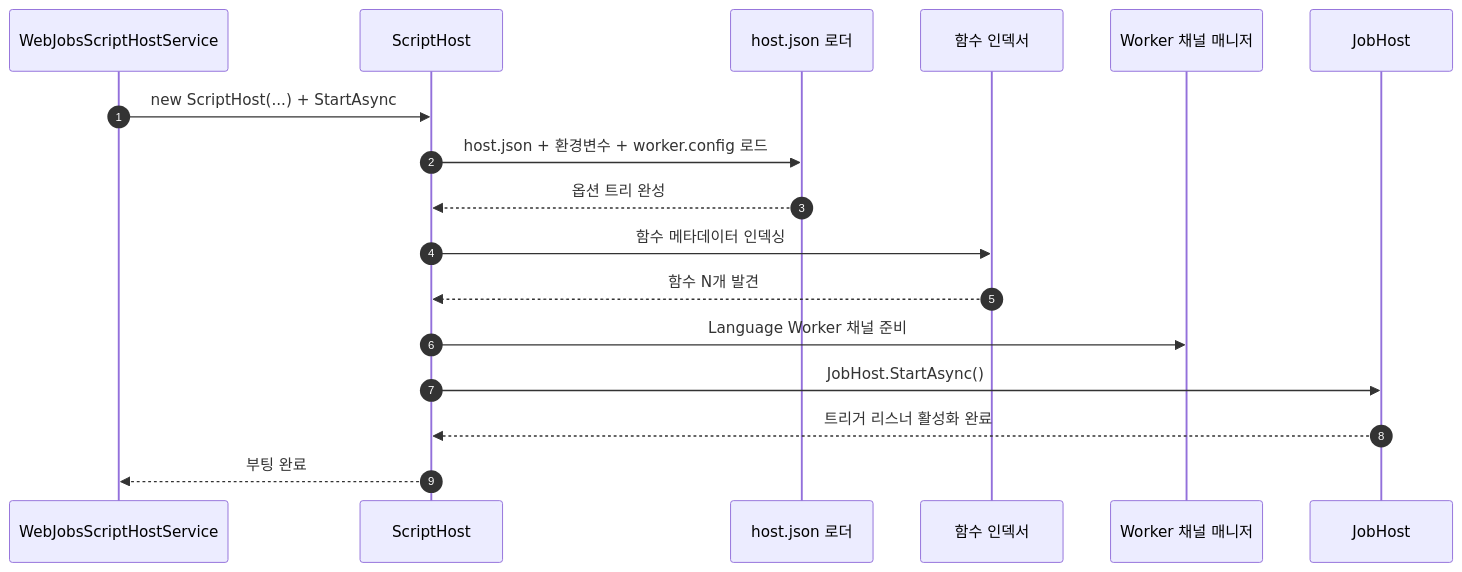
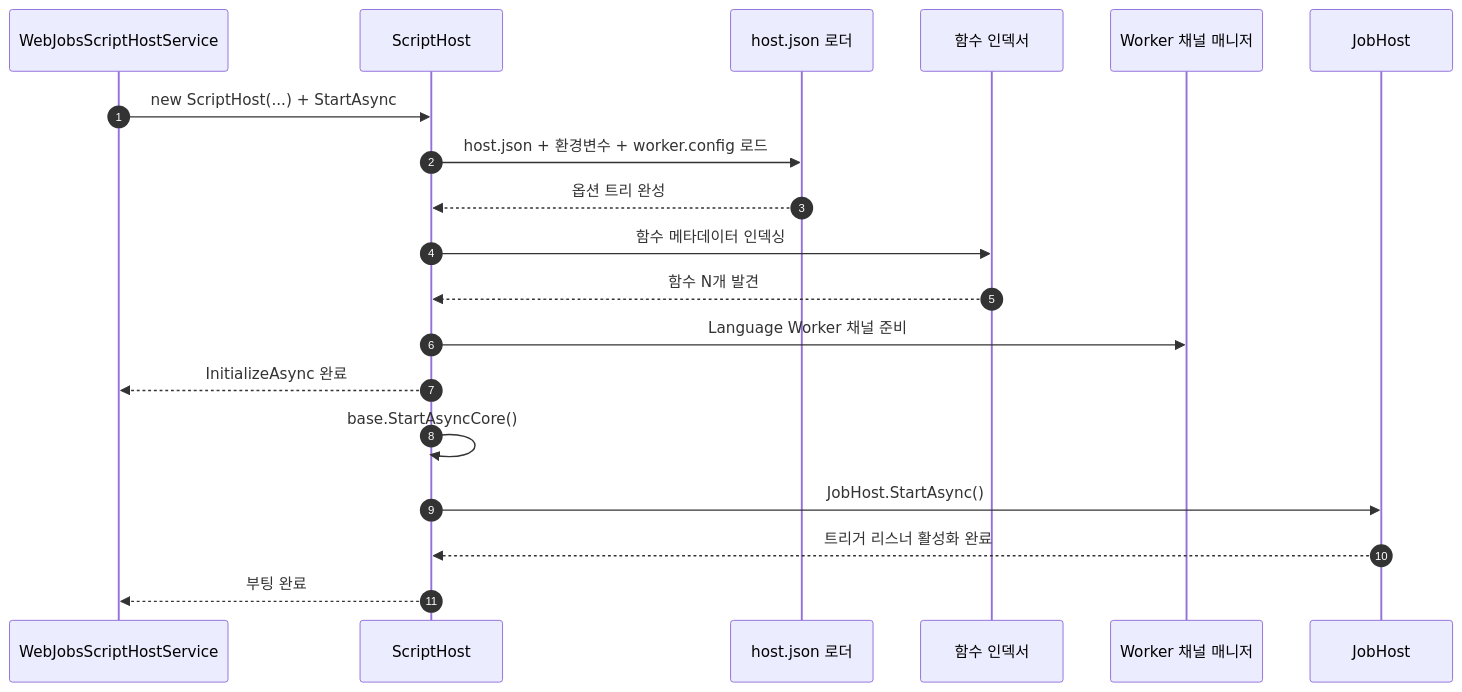
One commit to yeongseon-books/book-content changed the third of 5 diagrams in azure-functions-deep-dive/ko/01-host-bootstrap.md. Above: the diagram before and after it, drawn with Mermaid. The commit also changed other lines of this file and 42 other files, not shown here.

First line of the commit message:
fix: 오라클 리뷰 반영 — Functions 101/Deep Dive 사실관계·톤·다이어그램 정리, App Service 101 ko/en 재구조화

````diff
--- a/azure-functions-deep-dive/ko/01-host-bootstrap.md
+++ b/azure-functions-deep-dive/ko/01-host-bootstrap.md
@@ -47,20 +107,22 @@
 ```mermaid
 sequenceDiagram
     autonumber
     participant Service as WebJobsScriptHostService
     participant Script as ScriptHost
     participant Config as host.json 로더
     participant Indexer as 함수 인덱서
     participant Workers as Worker 채널 매니저
     participant Job as JobHost
 
     Service->>Script: new ScriptHost(...) + StartAsync
     Script->>Config: host.json + 환경변수 + worker.config 로드
     Config-->>Script: 옵션 트리 완성
     Script->>Indexer: 함수 메타데이터 인덱싱
     Indexer-->>Script: 함수 N개 발견
     Script->>Workers: Language Worker 채널 준비
+    Script-->>Service: InitializeAsync 완료
+    Script->>Script: base.StartAsyncCore()
     Script->>Job: JobHost.StartAsync()
     Job-->>Script: 트리거 리스너 활성화 완료
     Script-->>Service: 부팅 완료
 ```
````
